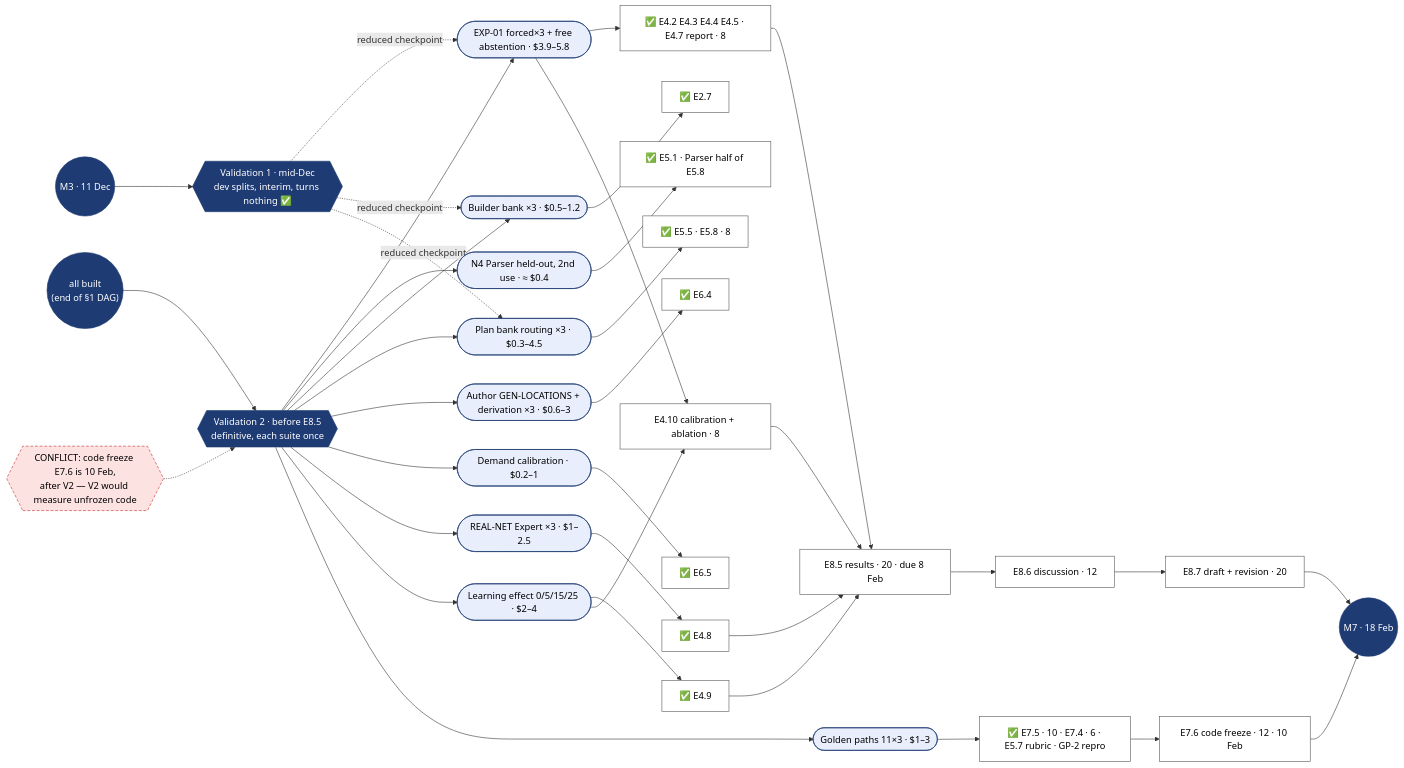
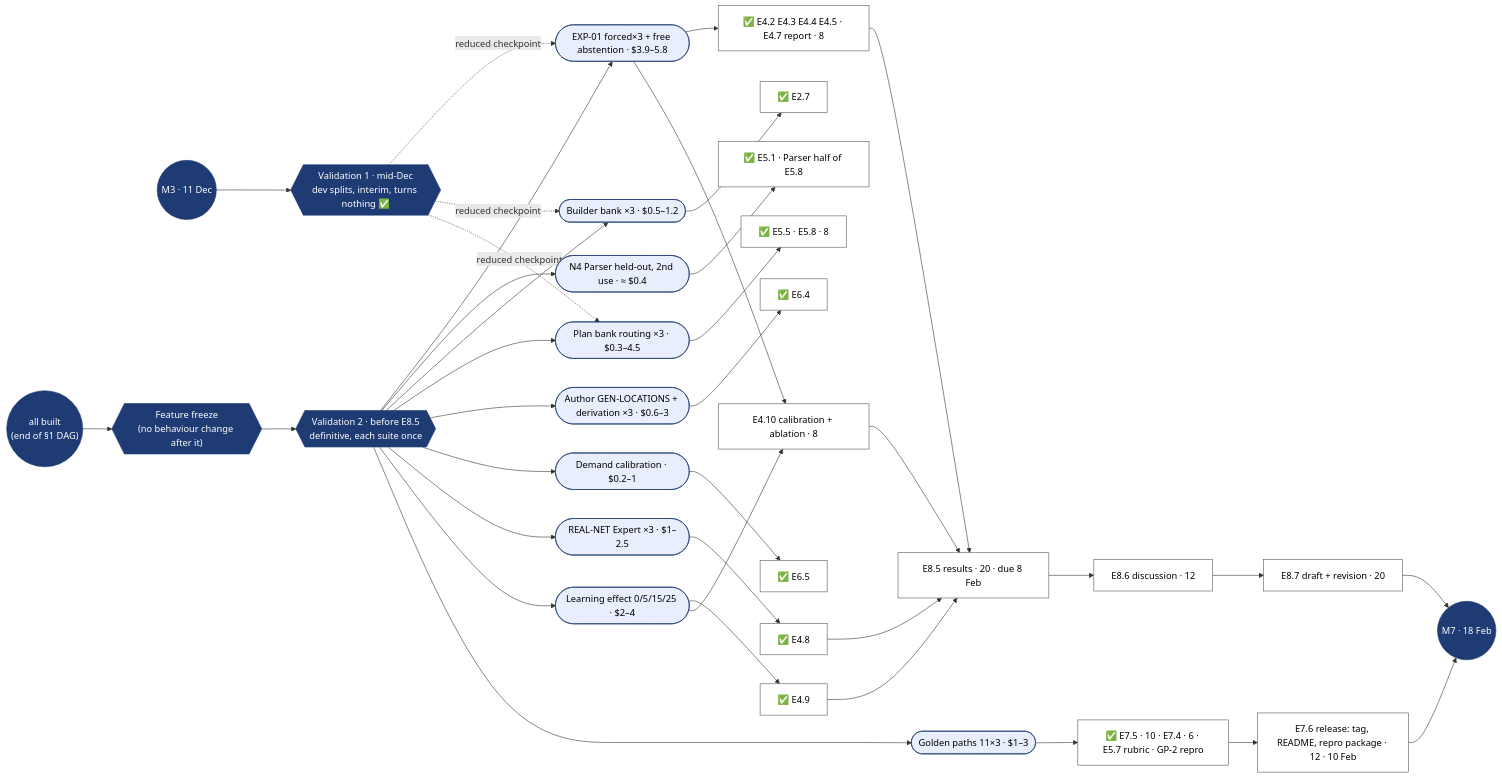
One commit to ferranUPC/resto changed the second of 2 diagrams in docs/prototype-dag-pending-tasks.md. Above: the diagram before and after it, drawn with Mermaid. The commit also changed other lines of this file, not shown here.

````diff
--- a/docs/prototype-dag-pending-tasks.md
+++ b/docs/prototype-dag-pending-tasks.md
@@ -124,44 +125,43 @@
 ```mermaid
 flowchart LR
   classDef pass fill:#1f3b73,stroke:#1f3b73,color:#fff
   classDef suite fill:#e8eefc,stroke:#1f3b73,color:#000
   classDef task fill:#fff,stroke:#555,color:#000
   classDef risk fill:#fde2e2,stroke:#c62828,stroke-dasharray:5 3,color:#000
 
   M3(("M3 · 11 Dec")):::pass
   BUILT(("all built<br/>(end of §1 DAG)")):::pass
   V1{{"Validation 1 · mid-Dec<br/>dev splits, interim, turns nothing ✅"}}:::pass
   V2{{"Validation 2 · before E8.5<br/>definitive, each suite once"}}:::pass
-  FRZ{{"CONFLICT: code freeze E7.6 is 10 Feb,<br/>after V2 — V2 would measure unfrozen code"}}:::risk
+  FRZ{{"Feature freeze<br/>(no behaviour change after it)"}}:::pass
 
   S1(["EXP-01 forced×3 + free abstention · $3.9–5.8"]):::suite
   S2(["N4 Parser held-out, 2nd use · ≈ $0.4"]):::suite
   S3(["Builder bank ×3 · $0.5–1.2"]):::suite
   S4(["Plan bank routing ×3 · $0.3–4.5"]):::suite
   S5(["Author GEN-LOCATIONS + derivation ×3 · $0.6–3"]):::suite
   S6(["Demand calibration · $0.2–1"]):::suite
   S7(["REAL-NET Expert ×3 · $1–2.5"]):::suite
   S8(["Learning effect 0/5/15/25 · $2–4"]):::suite
   S9(["Golden paths 11×3 · $1–3"]):::suite
 
   M3 --> V1
-  BUILT --> V2
-  FRZ -.-> V2
+  BUILT --> FRZ --> V2
   V1 -.->|"reduced checkpoint"| S1 & S3 & S4
   V2 --> S1 & S2 & S3 & S4 & S5 & S6 & S7 & S8 & S9
 
   S1 --> T1["✅ E4.2 E4.3 E4.4 E4.5 · E4.7 report · 8"]:::task
   S2 --> T2["✅ E5.1 · Parser half of E5.8"]:::task
   S3 --> T3["✅ E2.7"]:::task
   S4 --> T4["✅ E5.5 · E5.8 · 8"]:::task
   S5 --> T5["✅ E6.4"]:::task
   S6 --> T6["✅ E6.5"]:::task
   S7 --> T7["✅ E4.8"]:::task
   S8 --> T8["✅ E4.9"]:::task
   S9 --> T9["✅ E7.5 · 10 · E7.4 · 6 · E5.7 rubric · GP-2 repro"]:::task
 
   S1 & S8 --> E410["E4.10 calibration + ablation · 8"]:::task
   T1 & T7 & T8 & E410 --> E85["E8.5 results · 20 · due 8 Feb"]:::task
   E85 --> E86["E8.6 discussion · 12"]:::task --> E87["E8.7 draft + revision · 20"]:::task --> E88(("M7 · 18 Feb")):::pass
-  T9 --> E76["E7.6 code freeze · 12 · 10 Feb"]:::task --> E88
+  T9 --> E76["E7.6 release: tag, README, repro package · 12 · 10 Feb"]:::task --> E88
 ```
````
